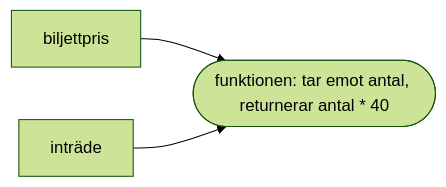
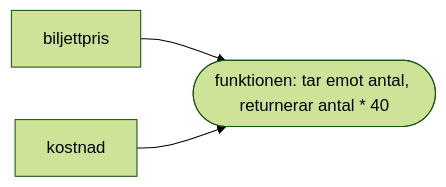
Before and after one commit to niklaspandersson/wt-book: the second of 3 diagrams in manuscript/kap05-egna-funktioner.qmd, drawn with Mermaid (forest theme). The commit also changed other lines of this file and 25 other files, not shown here.

````diff
--- a/manuscript/kap05-egna-funktioner.qmd
+++ b/manuscript/kap05-egna-funktioner.qmd
@@ -368,6 +368,6 @@
 ```{mermaid}
-%%| fig-alt: "Två namn, biljettpris och inträde, pekar med var sin pil på samma värde: en funktion som tar emot antal och returnerar antal gånger 40."
+%%| fig-alt: "Två namn, biljettpris och kostnad, pekar med var sin pil på samma värde: en funktion som tar emot antal och returnerar antal gånger 40."
 flowchart LR
     B[biljettpris] --> F(["funktionen: tar emot antal, returnerar antal * 40"])
-    I[inträde] --> F
+    I[kostnad] --> F
 ```
````
